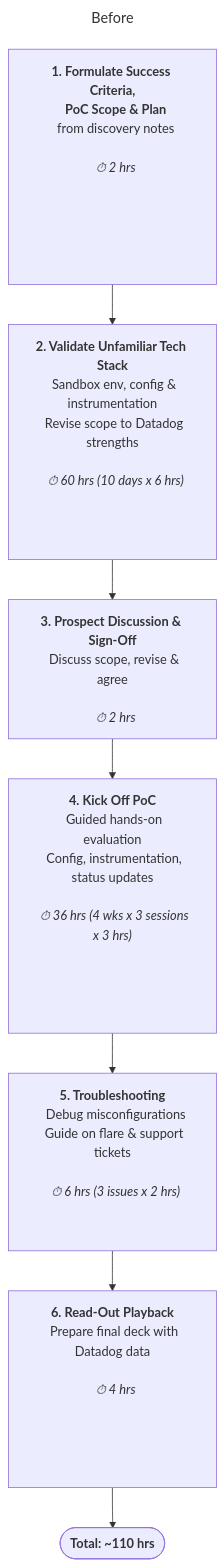
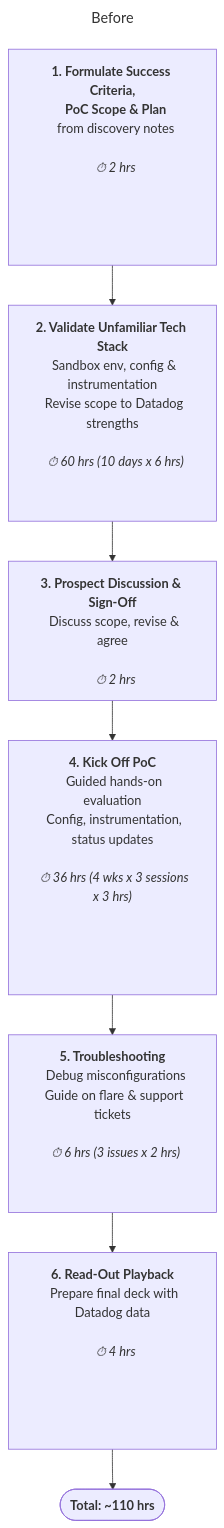
Before and after one commit to jek-bao-choo/sales-engineering-poc-automation: the first of 2 diagrams in docs/index.md, drawn with Mermaid. The commit also changed other lines of this file and 1 other file, not shown here.

````diff
--- a/docs/index.md
+++ b/docs/index.md
@@ -11,54 +11,52 @@
 ``` mermaid
 ---
 title: Before
 ---
 graph TD
   A["<b>1. Formulate Success Criteria,</b>
   <b>PoC Scope & Plan</b>
   from discovery notes
   <i></i>
   <i>⏱ 2 hrs</i>
   <i>&nbsp;</i>
   <i>&nbsp;</i>
   <i>&nbsp;</i>
-  <i>&nbsp;</i>
   <i>&nbsp;</i>"]
   B["<b>2. Validate Unfamiliar Tech Stack</b>
   Sandbox env, config & instrumentation
   Revise scope to Datadog strengths
   <i></i>
   <i>⏱ 60 hrs (10 days x 6 hrs)</i>
-  <i>&nbsp;</i>
   <i>&nbsp;</i>
   <i>&nbsp;</i>"]
   C["<b>3. Prospect Discussion & Sign-Off</b>
   Discuss scope, revise & agree
   <i></i>
   <i>⏱ 2 hrs</i>"]
   D["<b>4. Kick Off PoC</b>
   Guided hands-on evaluation
   Config, instrumentation, status updates
   <i></i>
   <i>⏱ 36 hrs (4 wks x 3 sessions x 3 hrs)</i>
   <i>&nbsp;</i>
   <i>&nbsp;</i>
   <i>&nbsp;</i>
   <i>&nbsp;</i>"]
   E["<b>5. Troubleshooting</b>
   Debug misconfigurations
   Guide on flare & support tickets
   <i></i>
   <i>⏱ 6 hrs (3 issues x 2 hrs)</i>
   <i>&nbsp;</i>
   <i>&nbsp;</i>"]
   F["<b>6. Read-Out Playback</b>
   Prepare final deck with Datadog data
   <i></i>
   <i>⏱ 4 hrs</i>
   <i>&nbsp;</i>
   <i>&nbsp;</i>
   <i>&nbsp;</i>
   <i>&nbsp;</i>"]
   G(["<b>Total: ~110 hrs</b>"])
   A --> B --> C --> D --> E --> F --> G
 ```
````
